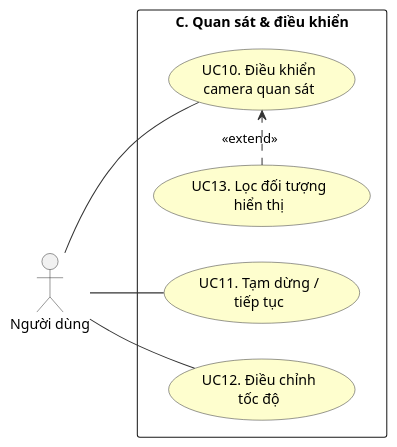
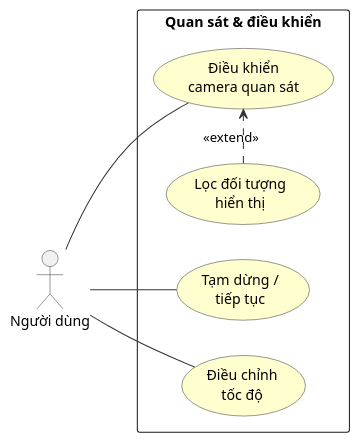
Before and after one commit to MinhHoang137/SUMO-GR1: the diagram in DiagramsCode/hinh2.5-usecase-nhom-C.puml, drawn with PlantUML. The commit also changed 80 other files, not shown here.

```diff
--- a/DiagramsCode/hinh2.5-usecase-nhom-C.puml
+++ b/DiagramsCode/hinh2.5-usecase-nhom-C.puml
@@ -1,24 +1,24 @@
 @startuml hinh2.5-usecase-nhom-C
 left to right direction
 skinparam packageStyle rectangle
 skinparam usecaseBorderColor #333333
 skinparam usecaseBackgroundColor #FEFECE
 skinparam actorBorderColor #333333
 skinparam ArrowColor #333333
 
 actor "Người dùng" as User
 
-rectangle "C. Quan sát & điều khiển" {
-  usecase "UC10. Điều khiển\ncamera quan sát" as UC10
-  usecase "UC11. Tạm dừng /\ntiếp tục" as UC11
-  usecase "UC12. Điều chỉnh\ntốc độ" as UC12
-  usecase "UC13. Lọc đối tượng\nhiển thị" as UC13
+rectangle "Quan sát & điều khiển" {
+  usecase "Điều khiển\ncamera quan sát" as UC10
+  usecase "Tạm dừng /\ntiếp tục" as UC11
+  usecase "Điều chỉnh\ntốc độ" as UC12
+  usecase "Lọc đối tượng\nhiển thị" as UC13
 }
 
 User -- UC10
 User -- UC11
 User -- UC12
 
 UC13 .> UC10 : <<extend>>
 
 @enduml
```
